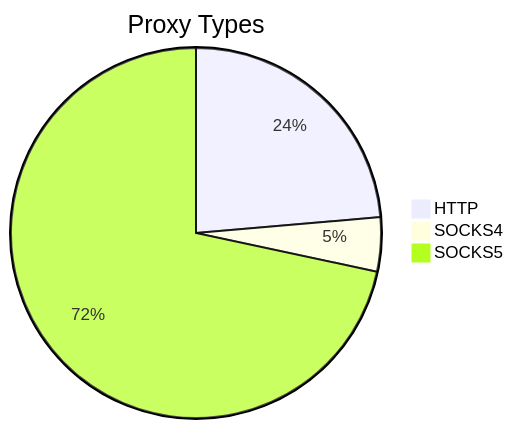
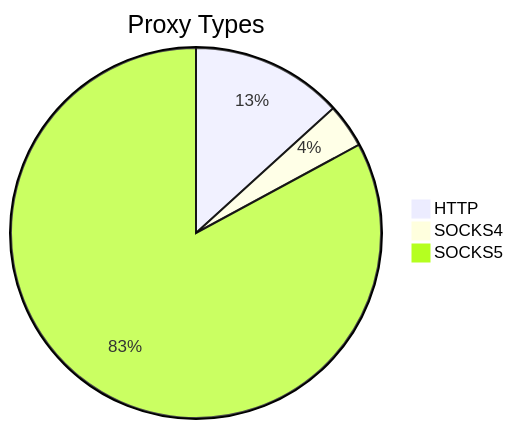
Before and after one commit to stormsia/proxy-list: the first of 2 diagrams in README.md, drawn with Mermaid. The commit also changed other lines of this file, not shown here.

````diff
--- a/README.md
+++ b/README.md
@@ -21,6 +21,6 @@
 ```mermaid
 pie title Proxy Types
-    "HTTP" : 500
-    "SOCKS4" : 100
-    "SOCKS5" : 1516
+    "HTTP" : 162
+    "SOCKS4" : 47
+    "SOCKS5" : 1013
 ```
````
